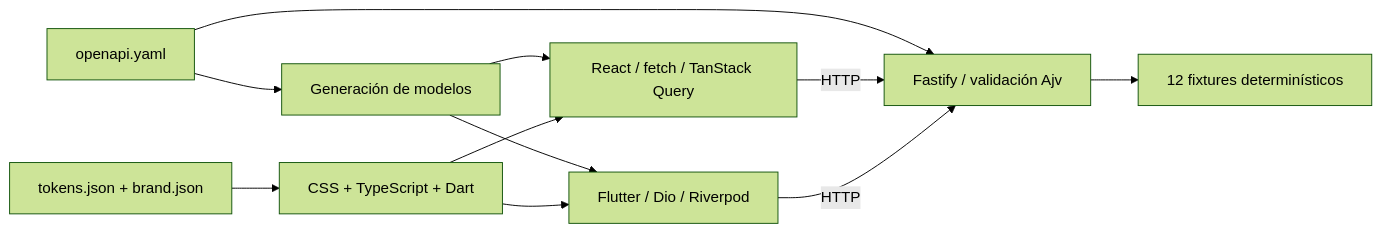
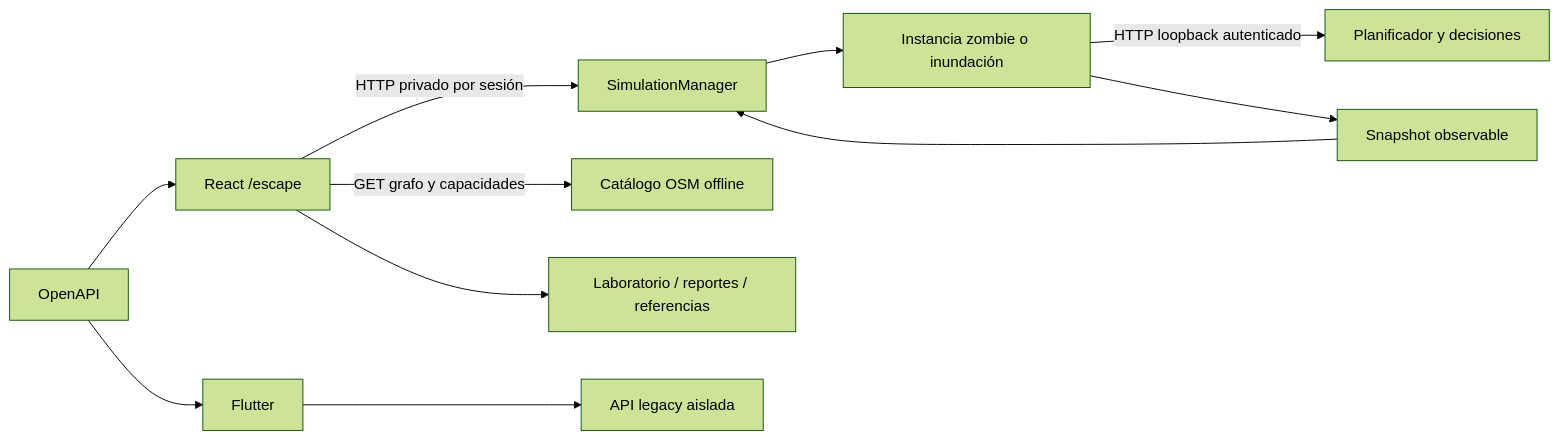
Before and after one commit to corozodev/simluacion-desastres-manta: the diagram in docs/architecture/overview.md, drawn with Mermaid (forest theme). The commit also changed other lines of this file and 10 other files, not shown here.

Commit message:
docs: document phase 5 architecture resource budgets and validation

````diff
--- a/docs/architecture/overview.md
+++ b/docs/architecture/overview.md
@@ -5,13 +5,13 @@
 ```mermaid
 flowchart LR
-  O[openapi.yaml] --> G[Generación de modelos]
-  G --> W[React / fetch / TanStack Query]
-  G --> M[Flutter / Dio / Riverpod]
-  O --> A[Fastify / validación Ajv]
-  W -->|HTTP| A
-  M -->|HTTP| A
-  A --> F[12 fixtures determinísticos]
-  T[tokens.json + brand.json] --> C[CSS + TypeScript + Dart]
-  C --> W
-  C --> M
+  C[OpenAPI] --> W[React /escape]
+  C --> M[Flutter]
+  W -->|HTTP privado por sesión| S[SimulationManager]
+  W -->|GET grafo y capacidades| G[Catálogo OSM offline]
+  S --> E[Instancia zombie o inundación]
+  E -->|HTTP loopback autenticado| D[Planificador y decisiones]
+  E --> O[Snapshot observable]
+  O --> S
+  M --> L[API legacy aislada]
+  W --> I[Laboratorio / reportes / referencias]
 ```
````
